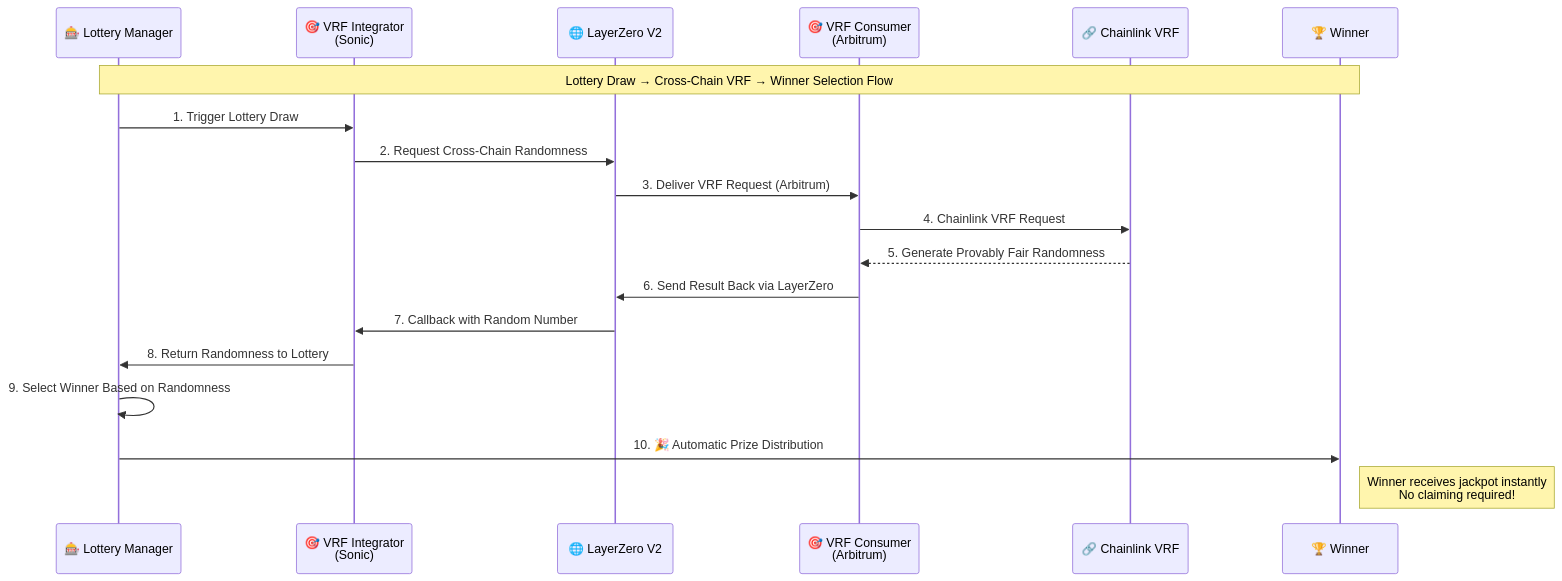
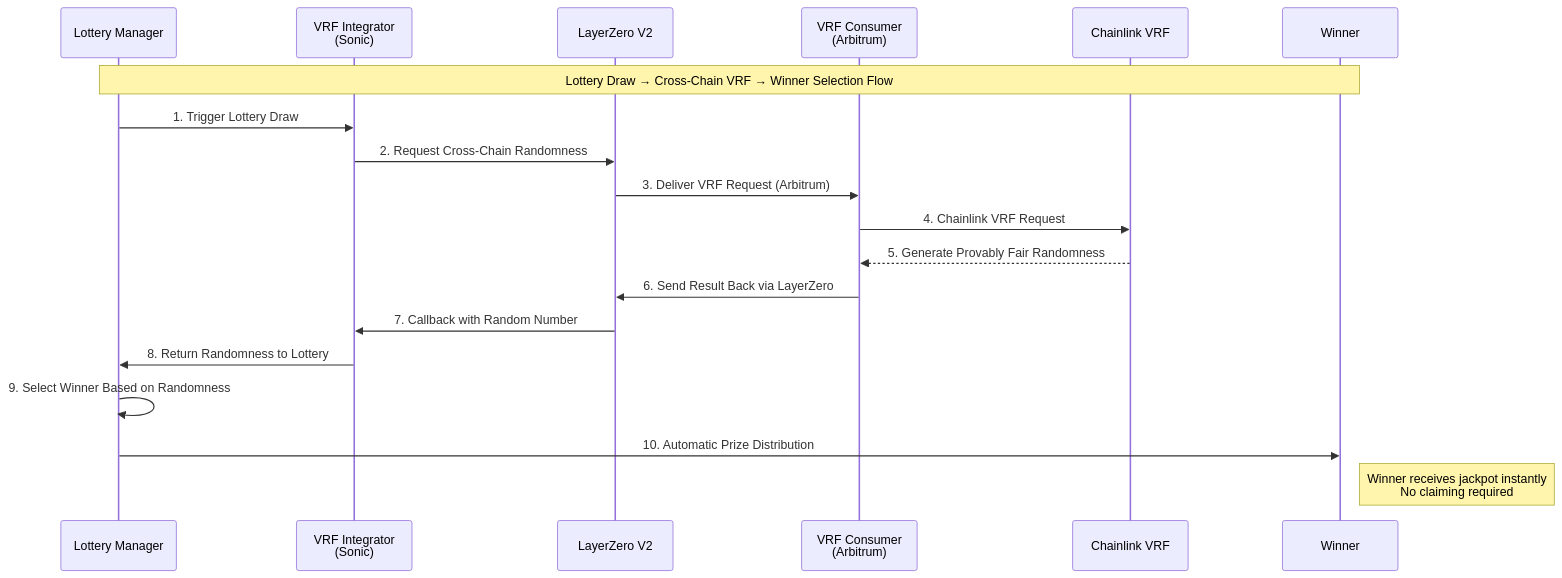
The tenth of 11 diagrams in docs/diagrams.md (omnidragon-io/docs), drawn with Mermaid before and after one commit. The commit also changed other lines of this file, not shown here.

First line of the commit message:
docs: remove all emojis from Mermaid diagrams for clean, professional appearance

````diff
--- a/docs/diagrams.md
+++ b/docs/diagrams.md
@@ -349,24 +349,24 @@
 ```mermaid
 sequenceDiagram
-    participant LM as 🎰 Lottery Manager
-    participant VRF_I as 🎯 VRF Integrator<br/>(Sonic)
-    participant LZ as 🌐 LayerZero V2
-    participant VRF_C as 🎯 VRF Consumer<br/>(Arbitrum)
-    participant CL as 🔗 Chainlink VRF
-    participant WINNER as 🏆 Winner
+    participant LM as Lottery Manager
+    participant VRF_I as VRF Integrator<br/>(Sonic)
+    participant LZ as LayerZero V2
+    participant VRF_C as VRF Consumer<br/>(Arbitrum)
+    participant CL as Chainlink VRF
+    participant WINNER as Winner
 
     Note over LM,WINNER: Lottery Draw → Cross-Chain VRF → Winner Selection Flow
 
     LM->>VRF_I: 1. Trigger Lottery Draw
     VRF_I->>LZ: 2. Request Cross-Chain Randomness
     LZ->>VRF_C: 3. Deliver VRF Request (Arbitrum)
     VRF_C->>CL: 4. Chainlink VRF Request
     CL-->>VRF_C: 5. Generate Provably Fair Randomness
     VRF_C->>LZ: 6. Send Result Back via LayerZero
     LZ->>VRF_I: 7. Callback with Random Number
     VRF_I->>LM: 8. Return Randomness to Lottery
     LM->>LM: 9. Select Winner Based on Randomness
-    LM->>WINNER: 10. 🎉 Automatic Prize Distribution
+    LM->>WINNER: 10. Automatic Prize Distribution
 
-    Note right of WINNER: Winner receives jackpot instantly<br/>No claiming required!
+    Note right of WINNER: Winner receives jackpot instantly<br/>No claiming required
 ```
````
